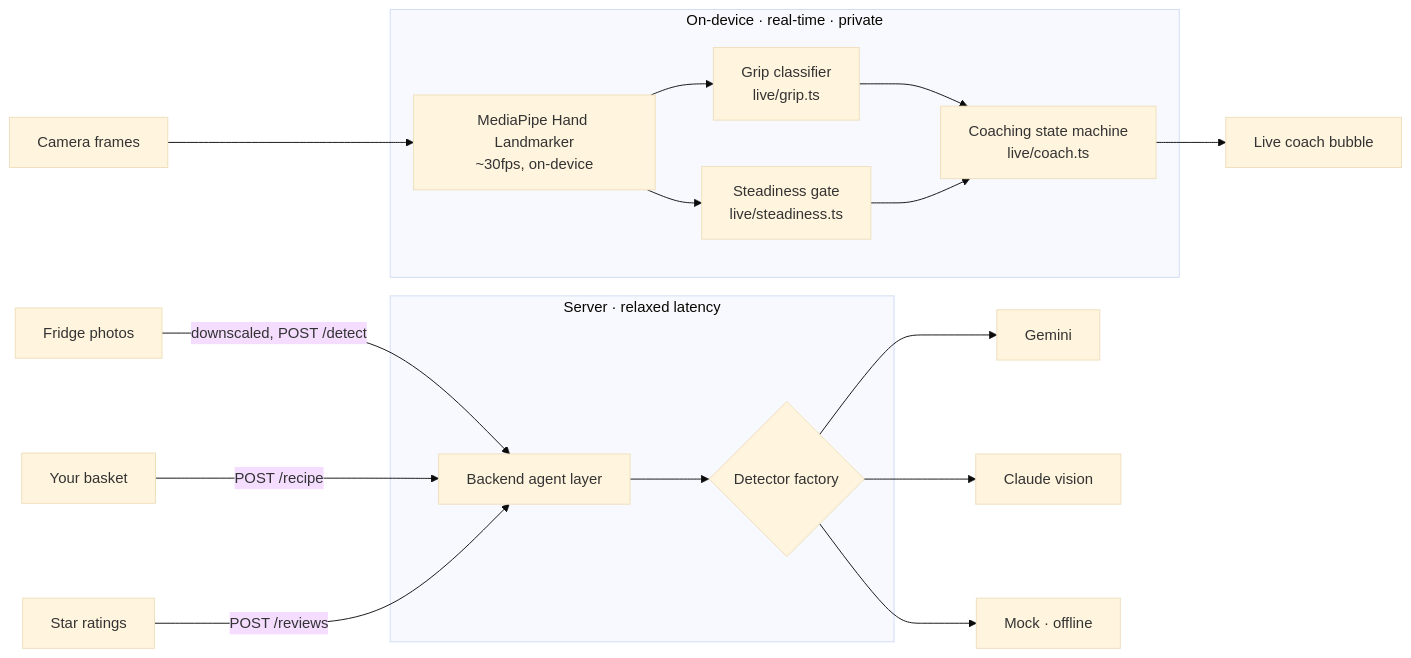
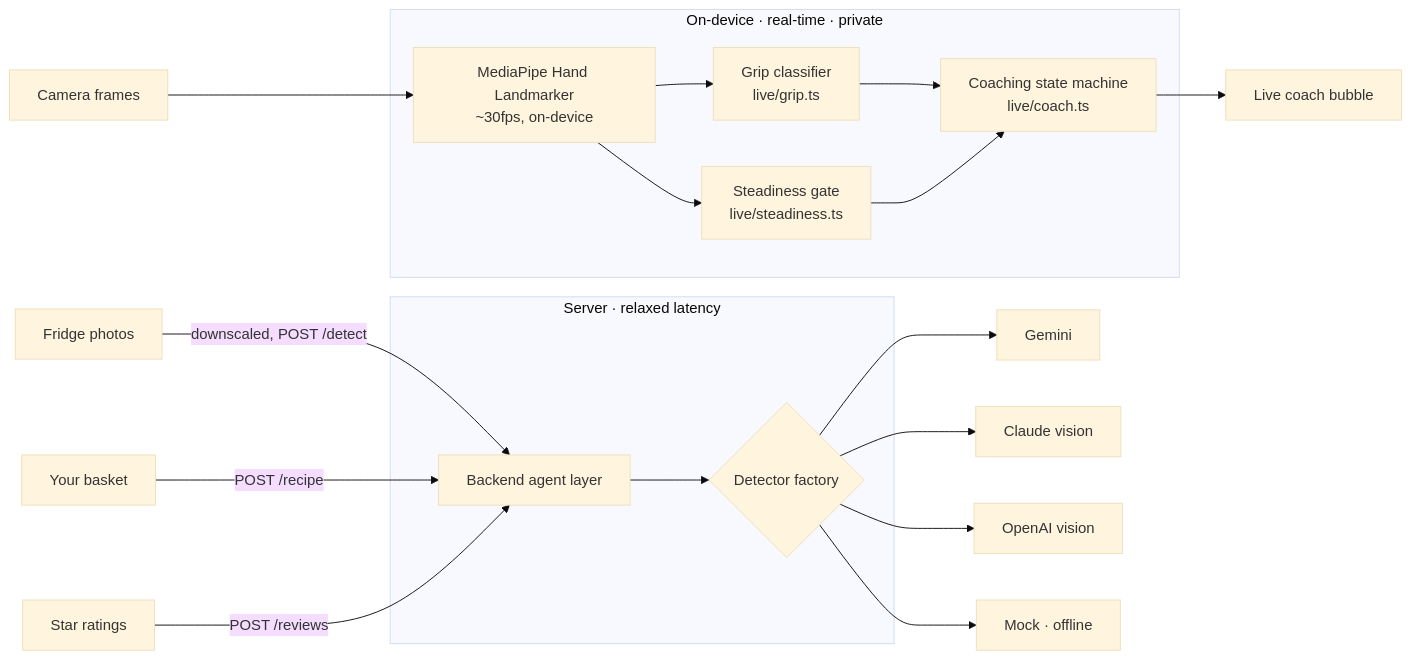
One commit to julienliang2740/remy-agent-layer changed the diagram in README.md. Above: the diagram before and after it, drawn with Mermaid (base theme). The commit also changed other lines of this file and 11 other files, not shown here.

````diff
--- a/README.md
+++ b/README.md
@@ -17,29 +17,30 @@
 ```mermaid
 flowchart LR
   cam[Camera frames] --> mp[MediaPipe Hand Landmarker\n~30fps, on-device]
   mp --> grip[Grip classifier\nlive/grip.ts]
   mp --> steady[Steadiness gate\nlive/steadiness.ts]
   grip --> coach[Coaching state machine\nlive/coach.ts]
   steady --> coach
   coach --> ui[Live coach bubble]
 
   subgraph device[On-device · real-time · private]
     mp
     grip
     steady
     coach
   end
 
   photos[Fridge photos] -->|downscaled, POST /detect| be[Backend agent layer]
   basket[Your basket] -->|POST /recipe| be
   review[Star ratings] -->|POST /reviews| be
   be --> det{Detector factory}
   det --> gemini[Gemini]
   det --> claude[Claude vision]
+  det --> openai[OpenAI vision]
   det --> mock[Mock · offline]
 
   subgraph server[Server · relaxed latency]
     be
     det
   end
 ```
````
